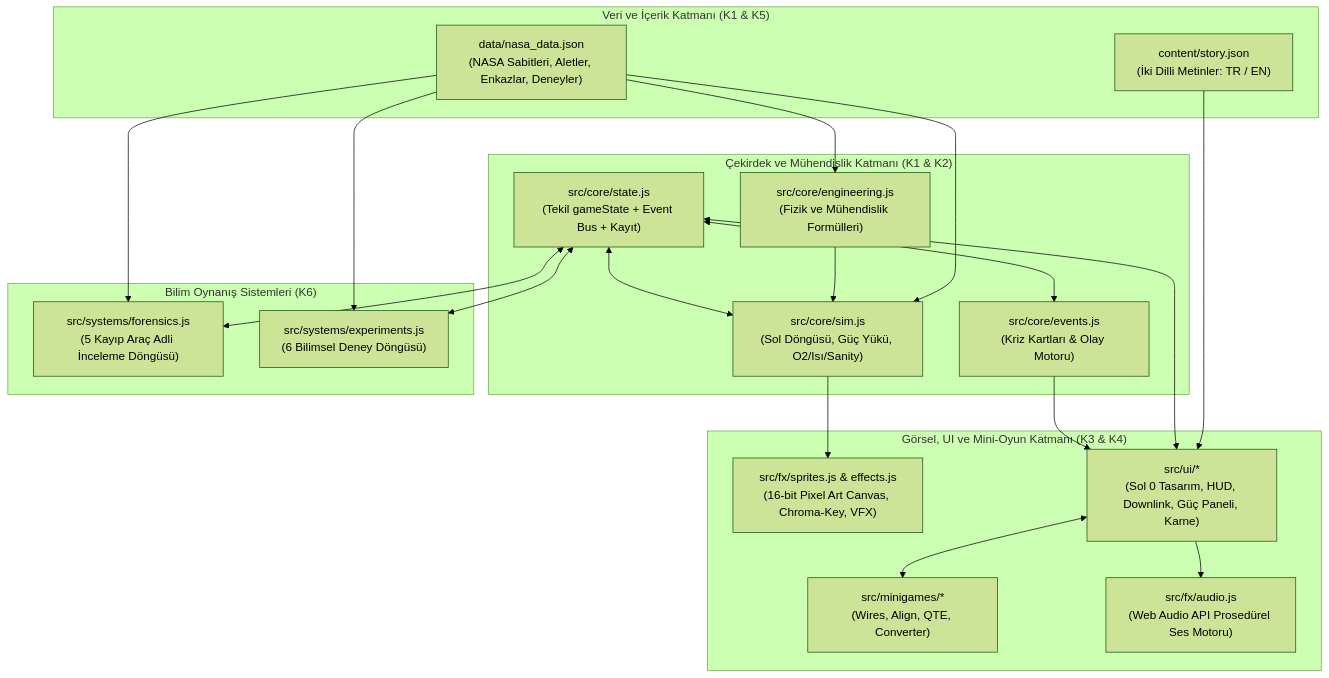
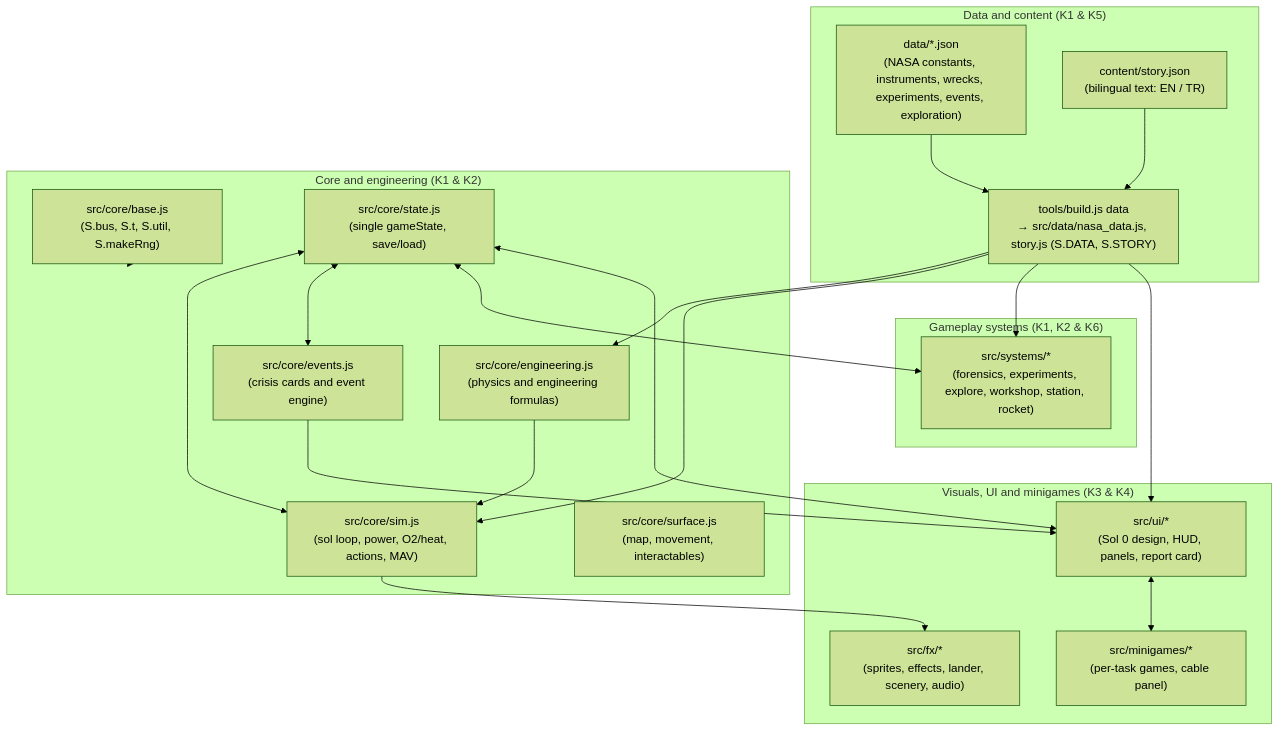
One commit to medbudak/nasa_space_apps_hackathon_26 changed the diagram in ARCHITECTURE.md. Above: the diagram before and after it, drawn with Mermaid (forest theme). The commit also changed other lines of this file and 19 other files, not shown here.

Commit message:
docs: Translate the repo docs to English and bring the architecture docs in line with the code

````diff
--- a/ARCHITECTURE.md
+++ b/ARCHITECTURE.md
@@ -11,42 +15,43 @@
 ```mermaid
 flowchart TD
-    subgraph DataLayer["Veri ve İçerik Katmanı (K1 & K5)"]
-        NASA["data/nasa_data.json\n(NASA Sabitleri, Aletler, Enkazlar, Deneyler)"]
-        STORY["content/story.json\n(İki Dilli Metinler: TR / EN)"]
+    subgraph DataLayer["Data and content (K1 & K5)"]
+        NASA["data/*.json\n(NASA constants, instruments, wrecks, experiments, events, exploration)"]
+        STORY["content/story.json\n(bilingual text: EN / TR)"]
+        BUILD["tools/build.js data\n→ src/data/nasa_data.js, story.js (S.DATA, S.STORY)"]
     end
 
-    subgraph CoreLayer["Çekirdek ve Mühendislik Katmanı (K1 & K2)"]
-        ENG["src/core/engineering.js\n(Fizik ve Mühendislik Formülleri)"]
-        STATE["src/core/state.js\n(Tekil gameState + Event Bus + Kayıt)"]
-        SIM["src/core/sim.js\n(Sol Döngüsü, Güç Yükü, O2/Isı/Sanity)"]
-        EVENTS["src/core/events.js\n(Kriz Kartları & Olay Motoru)"]
+    subgraph CoreLayer["Core and engineering (K1 & K2)"]
+        BASE["src/core/base.js\n(S.bus, S.t, S.util, S.makeRng)"]
+        ENG["src/core/engineering.js\n(physics and engineering formulas)"]
+        STATE["src/core/state.js\n(single gameState, save/load)"]
+        SIM["src/core/sim.js\n(sol loop, power, O2/heat, actions, MAV)"]
+        EVENTS["src/core/events.js\n(crisis cards and event engine)"]
+        SURF["src/core/surface.js\n(map, movement, interactables)"]
     end
 
-    subgraph SystemsLayer["Bilim Oynanış Sistemleri (K6)"]
-        FORENSICS["src/systems/forensics.js\n(5 Kayıp Araç Adli İnceleme Döngüsü)"]
-        EXPERIMENTS["src/systems/experiments.js\n(6 Bilimsel Deney Döngüsü)"]
+    subgraph SystemsLayer["Gameplay systems (K1, K2 & K6)"]
+        SYS["src/systems/*\n(forensics, experiments, explore, workshop, station, rocket)"]
     end
 
-    subgraph PresentationLayer["Görsel, UI ve Mini-Oyun Katmanı (K3 & K4)"]
-        CANVAS["src/fx/sprites.js & effects.js\n(16-bit Pixel Art Canvas, Chroma-Key, VFX)"]
-        UI["src/ui/*\n(Sol 0 Tasarım, HUD, Downlink, Güç Paneli, Karne)"]
-        MINI["src/minigames/*\n(Wires, Align, QTE, Converter)"]
-        AUDIO["src/fx/audio.js\n(Web Audio API Prosedürel Ses Motoru)"]
+    subgraph PresentationLayer["Visuals, UI and minigames (K3 & K4)"]
+        FX["src/fx/*\n(sprites, effects, lander, scenery, audio)"]
+        UI["src/ui/*\n(Sol 0 design, HUD, panels, report card)"]
+        MINI["src/minigames/*\n(per-task games, cable panel)"]
     end
 
-    NASA --> ENG
-    NASA --> SIM
-    NASA --> FORENSICS
-    NASA --> EXPERIMENTS
-    STORY --> UI
+    NASA --> BUILD
+    STORY --> BUILD
+    BUILD --> ENG
+    BUILD --> SIM
+    BUILD --> SYS
+    BUILD --> UI
     ENG --> SIM
     STATE <--> SIM
     STATE <--> EVENTS
-    STATE <--> FORENSICS
-    STATE <--> EXPERIMENTS
+    STATE <--> SYS
     STATE <--> UI
-    SIM --> CANVAS
+    SIM --> FX
     EVENTS --> UI
     UI <--> MINI
-    UI --> AUDIO
+    BASE --> CoreLayer
 ```
````
